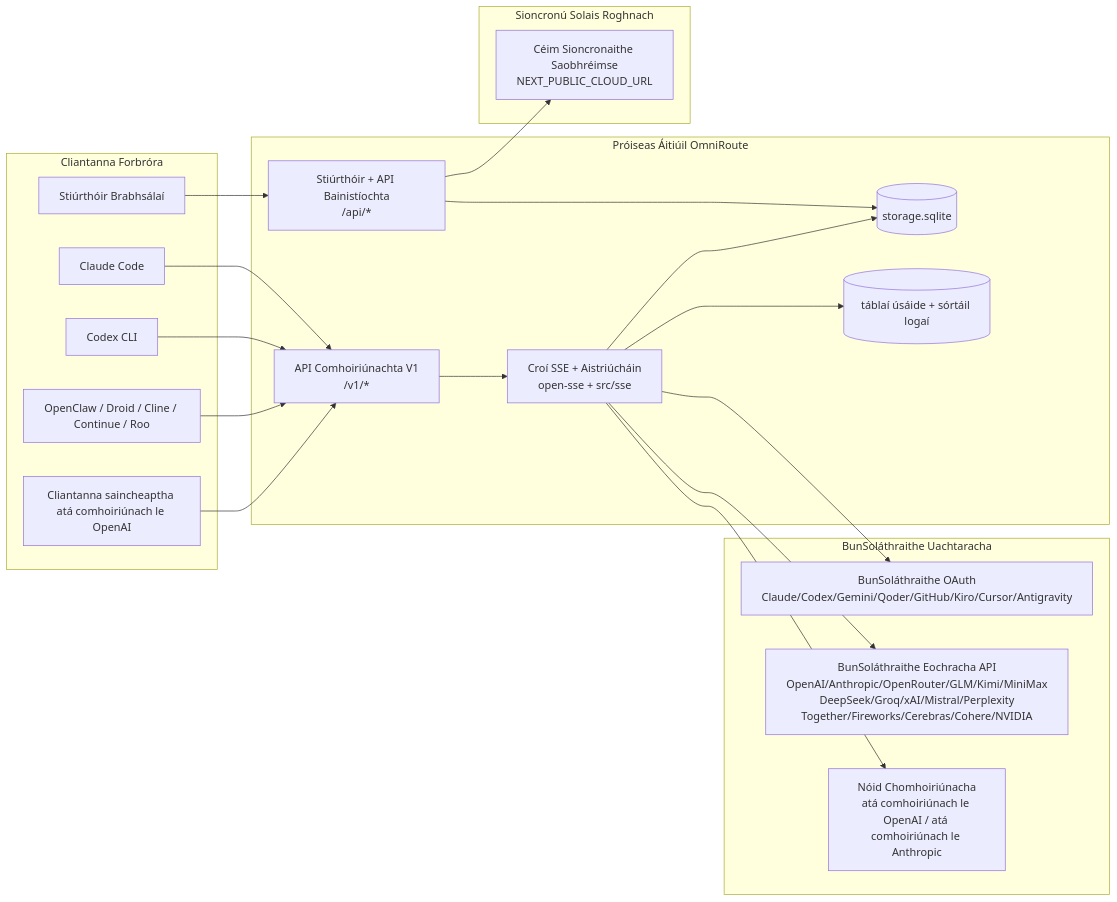
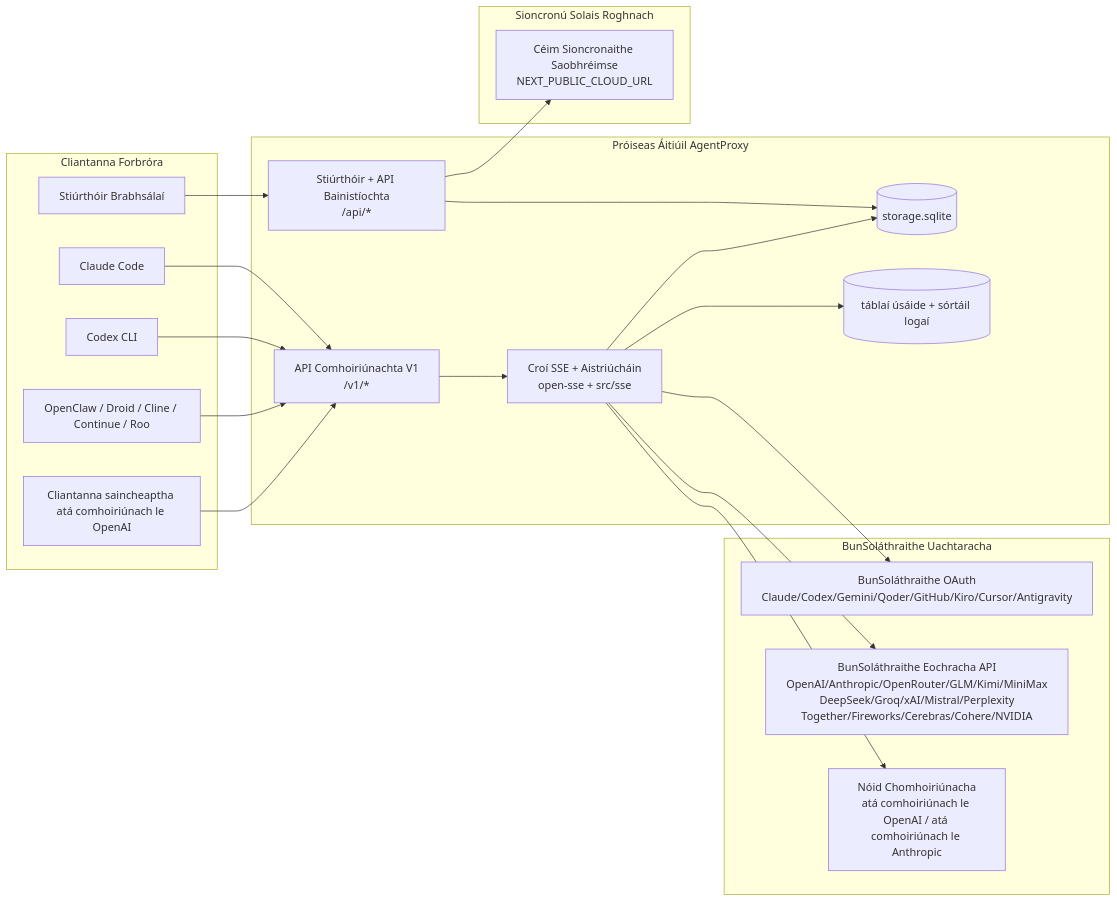
The first of 7 diagrams in docs/i18n/ga/docs/architecture/ARCHITECTURE.md (khanhkit/AgentProxy), drawn with Mermaid before and after one commit. The commit also changed other lines of this file and 6043 other files, not shown here.

Commit message:
wip(release): checkpoint AgentProxy identity cleanup

````diff
--- a/docs/i18n/ga/docs/architecture/ARCHITECTURE.md
+++ b/docs/i18n/ga/docs/architecture/ARCHITECTURE.md
@@ -166,45 +166,45 @@
 ```mermaid
 flowchart LR
     subgraph Clients[Cliantanna Forbróra]
         C1[Claude Code]
         C2[Codex CLI]
         C3[OpenClaw / Droid / Cline / Continue / Roo]
         C4[Cliantanna saincheaptha atá comhoiriúnach le OpenAI]
         BROWSER[Stiúrthóir Brabhsálaí]
     end
 
-    subgraph Router[Próiseas Áitiúil OmniRoute]
+    subgraph Router[Próiseas Áitiúil AgentProxy]
         API[API Comhoiriúnachta V1\n/v1/*]
         DASH[Stiúrthóir + API Bainistíochta\n/api/*]
         CORE[Croí SSE + Aistriúcháin\nopen-sse + src/sse]
         DB[(storage.sqlite)]
         UDB[(táblaí úsáide + sórtáil logaí)]
     end
 
     subgraph Upstreams[BunSoláthraithe Uachtaracha]
         P1[BunSoláthraithe OAuth\nClaude/Codex/Gemini/Qoder/GitHub/Kiro/Cursor/Antigravity]
         P2[BunSoláthraithe Eochracha API\nOpenAI/Anthropic/OpenRouter/GLM/Kimi/MiniMax\nDeepSeek/Groq/xAI/Mistral/Perplexity\nTogether/Fireworks/Cerebras/Cohere/NVIDIA]
         P3[Nóid Chomhoiriúnacha\natá comhoiriúnach le OpenAI / atá comhoiriúnach le Anthropic]
     end
 
     subgraph Cloud[Sioncronú Solais Roghnach]
         CLOUD[Céim Sioncronaithe Saobhréimse\nNEXT_PUBLIC_CLOUD_URL]
     end
 
     C1 --> API
     C2 --> API
     C3 --> API
     C4 --> API
     BROWSER --> DASH
 
     API --> CORE
     DASH --> DB
     CORE --> DB
     CORE --> UDB
 
     CORE --> P1
     CORE --> P2
     CORE --> P3
 
     DASH --> CLOUD
 ```
````
